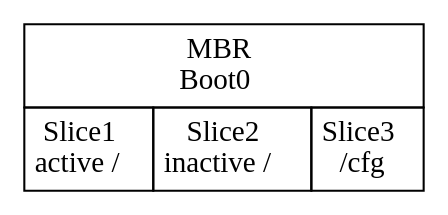
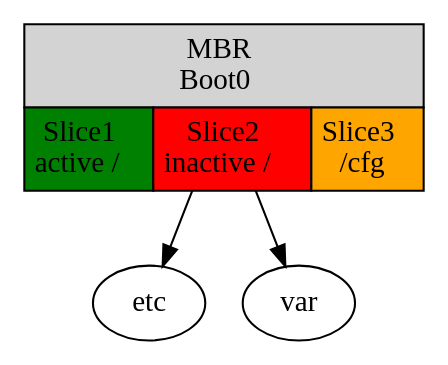
Before and after one commit to omussell/homelab: the diagram in pic/disklayout.gv, drawn with Graphviz. The commit also changed 1 other file, not shown here.

```diff
--- a/pic/disklayout.gv
+++ b/pic/disklayout.gv
@@ -1,13 +1,15 @@
 digraph disklayout {
 	abc [shape=none, margin=0, label=<
 	<TABLE BORDER="0" CELLBORDER="1" CELLSPACING="0" CELLPADDING="4">
 		<TR>
-			<TD COLSPAN="6">MBR<BR/>Boot0</TD>
+			<TD COLSPAN="6" BGCOLOR="lightgrey">MBR<BR/>Boot0</TD>
 		</TR>
 		<TR>
-			<TD ROWSPAN="2">Slice1<BR/>active /</TD>
-			<TD ROWSPAN="2">Slice2<BR/>inactive /</TD>
-			<TD ROWSPAN="2">Slice3<BR/>/cfg</TD>
+			<TD ROWSPAN="2" BGCOLOR="green">Slice1<BR/>active /</TD>
+			<TD ROWSPAN="2" BGCOLOR="red">Slice2<BR/>inactive /</TD>
+			<TD ROWSPAN="2" BGCOLOR="orange">Slice3<BR/>/cfg</TD>
 		</TR>
 	</TABLE>>];
+	abc -> etc
+	abc -> var
 }
```
